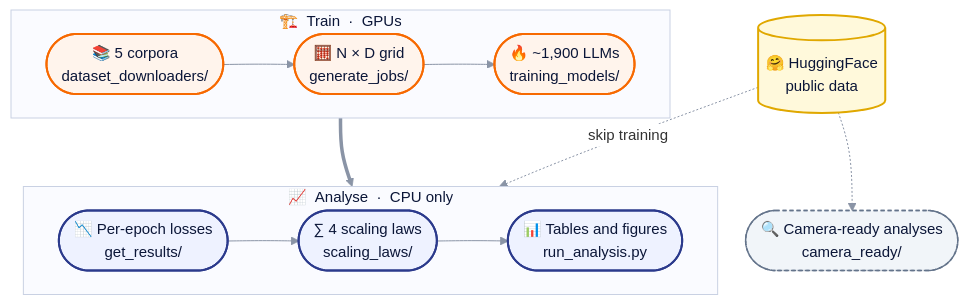
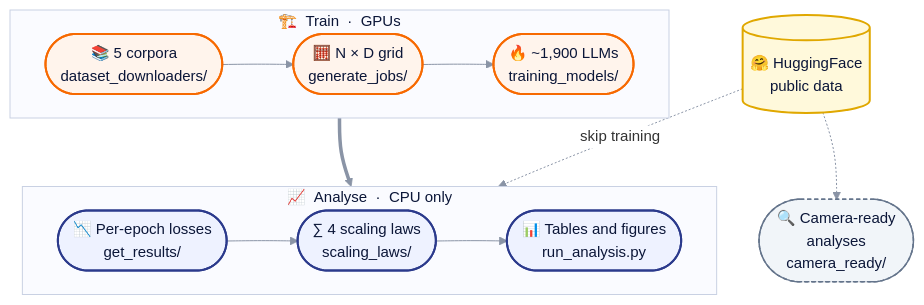
One commit to lab-v2/tpp-coverage changed the diagram in README.md. Above: the diagram before and after it, drawn with Mermaid.

Commit message:
README diagram: cleaner camera-ready label

````diff
--- a/README.md
+++ b/README.md
@@ -81,25 +81,25 @@
 ```mermaid
 %%{init: {"theme": "base", "flowchart": {"curve": "basis", "nodeSpacing": 28, "rankSpacing": 46}, "themeVariables": {"fontFamily": "Inter, Segoe UI, Helvetica, sans-serif", "fontSize": "15px", "lineColor": "#8A94A6", "clusterBkg": "#FAFBFF", "clusterBorder": "#C9D1E3", "edgeLabelBackground": "#FFFFFF", "titleColor": "#0B1638"}}}%%
 flowchart TB
     subgraph TRAIN["🏗️ &nbsp;Train &nbsp;·&nbsp; GPUs"]
         direction LR
         A(["📚 5 corpora<br/>dataset_downloaders/"]) --> B(["🧮 N × D grid<br/>generate_jobs/"]) --> C(["🔥 ~1,900 LLMs<br/>training_models/"])
     end
     subgraph ANALYSE["📈 &nbsp;Analyse &nbsp;·&nbsp; CPU only"]
         direction LR
         D(["📉 Per-epoch losses<br/>get_results/"]) --> E(["∑ 4 scaling laws<br/>scaling_laws/"]) --> F(["📊 Tables and figures<br/>run_analysis.py"])
     end
     H[("🤗 HuggingFace<br/>public data")]
-    G(["🔍 Camera-ready analyses<br/>camera_ready/"])
+    G(["🔍 Camera-ready<br/>analyses<br/>camera_ready/"])
     TRAIN ==> ANALYSE
     H -. "skip training" .-> ANALYSE
     H -.-> G
     classDef train fill:#FFF4EC,stroke:#F76900,stroke-width:2px,color:#0B1638
     classDef analyse fill:#EEF2FF,stroke:#2B3A8C,stroke-width:2px,color:#0B1638
     classDef data fill:#FFF9DB,stroke:#E0A800,stroke-width:2px,color:#0B1638
     classDef extra fill:#F1F5F9,stroke:#64748B,stroke-width:1.5px,stroke-dasharray:4 3,color:#0B1638
     class A,B,C train
     class D,E,F analyse
     class H data
     class G extra
 ```
````
